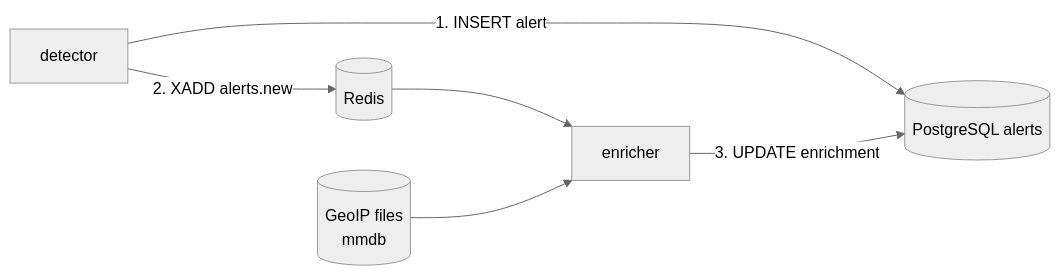
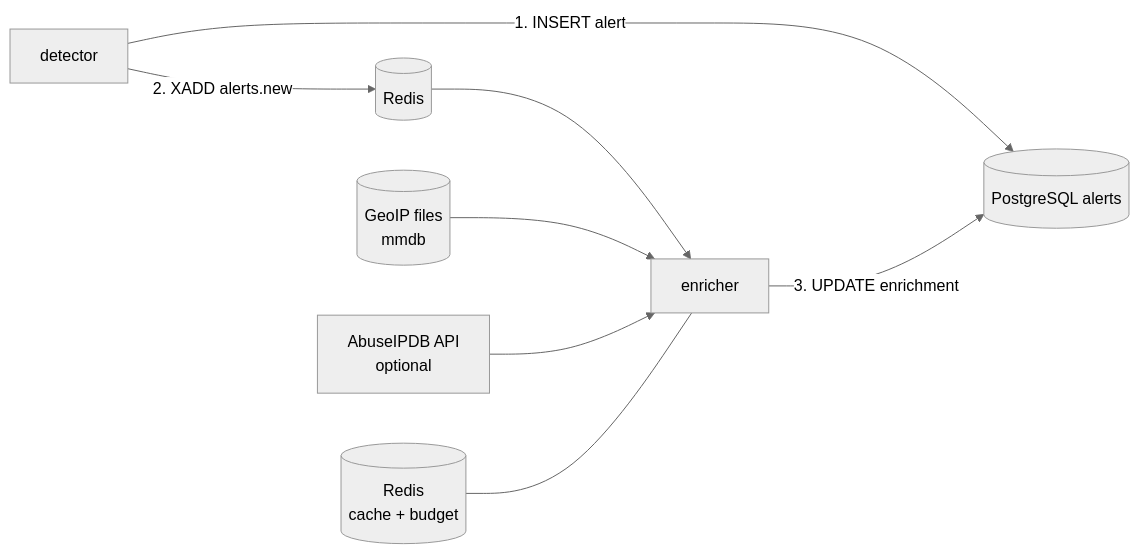
One commit to yassineeljal/SentinelLite changed the diagram in docs/ENRICHMENT.md. Above: the diagram before and after it, drawn with Mermaid (neutral theme). The commit also changed other lines of this file and 22 other files, not shown here.

First line of the commit message:
feat: AbuseIPDB reputation with cache, daily budget and circuit breaker

````diff
--- a/docs/ENRICHMENT.md
+++ b/docs/ENRICHMENT.md
@@ -7,8 +8,10 @@
 ```mermaid
 flowchart LR
     D[detector] -->|1. INSERT alert| P[(PostgreSQL alerts)]
     D -->|2. XADD alerts.new| R[(Redis)]
     R --> E[enricher]
     E -->|3. UPDATE enrichment| P
     M[(GeoIP files<br/>mmdb)] --> E
+    A[AbuseIPDB API<br/>optional] --> E
+    C[(Redis<br/>cache + budget)] --- E
 ```
````
